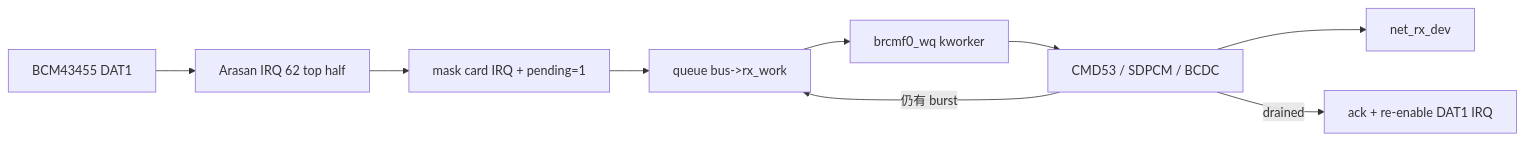
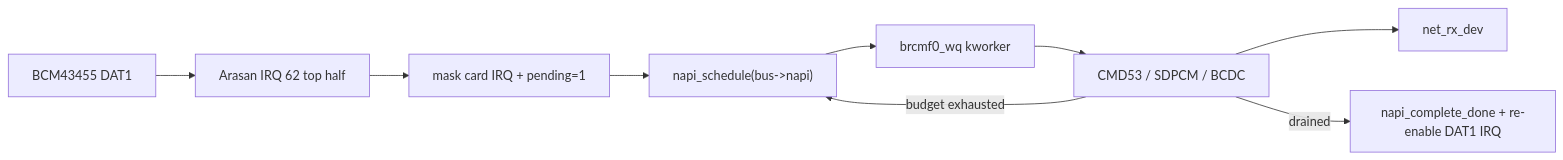
Before and after one commit to jimingkang/xv6-aarch64: diagram 12 of 14 in readme/readme_sdio_wifi.md, drawn with Mermaid. The commit also changed other lines of this file and 5 other files, not shown here.

````diff
--- a/readme/readme_sdio_wifi.md
+++ b/readme/readme_sdio_wifi.md
@@ -373,11 +373,11 @@
 ```mermaid
 flowchart LR
     DAT1["BCM43455 DAT1"] --> IRQ["Arasan IRQ 62 top half"]
     IRQ --> MASK["mask card IRQ + pending=1"]
-    MASK --> Q["queue bus->rx_work"]
+    MASK --> Q["napi_schedule(bus->napi)"]
     Q --> W["brcmf0_wq kworker"]
     W --> C["CMD53 / SDPCM / BCDC"]
     C --> N["net_rx_dev"]
-    C -->|drained| RE["ack + re-enable DAT1 IRQ"]
-    C -->|仍有 burst| Q
+    C -->|drained| RE["napi_complete_done + re-enable DAT1 IRQ"]
+    C -->|budget exhausted| Q
 ```
````
